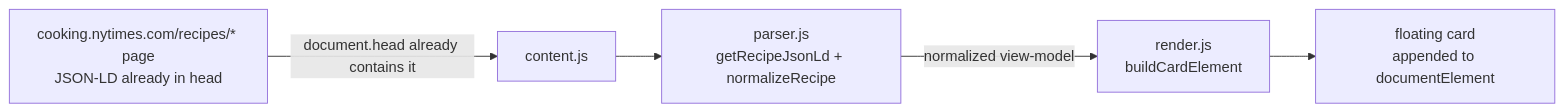
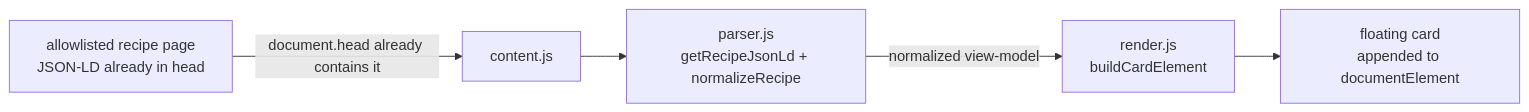
The diagram in AGENTS.md (ZR0W/NYT-Recipes-account-bypass), drawn with Mermaid before and after one commit. The commit also changed other lines of this file and 5 other files, not shown here.

````diff
--- a/AGENTS.md
+++ b/AGENTS.md
@@ -31,13 +33,13 @@
 ```mermaid
 flowchart LR
-  page[cooking.nytimes.com/recipes/* page\nJSON-LD already in head]
+  page[allowlisted recipe page\nJSON-LD already in head]
   cs[content.js]
   parser[parser.js\ngetRecipeJsonLd + normalizeRecipe]
   render[render.js\nbuildCardElement]
   card[floating card\nappended to documentElement]
 
   page -- document.head already contains it --> cs
   cs --> parser
   parser -- normalized view-model --> render
   render --> card
 ```
````
